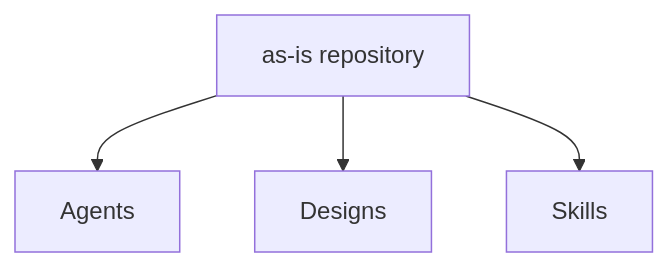
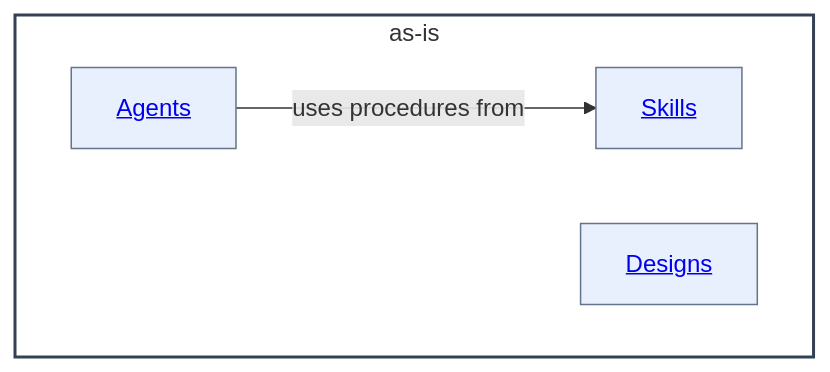
One commit to abstract-business-systems/as-is changed the diagram in as-is.md. Above: the diagram before and after it, drawn with Mermaid. The commit also changed other lines of this file and 51 other files, not shown here.

Commit message:
docs(as-is): improve hierarchical architecture documentation

````diff
--- a/as-is.md
+++ b/as-is.md
@@ -29,12 +31,16 @@
 ```mermaid
 %%{init: {"securityLevel": "loose"}}%%
-flowchart TD
-    Root["as-is repository"]
-    Root --> Agents["Agents"]
-    Root --> Designs["Designs"]
-    Root --> Skills["Skills"]
+flowchart LR
+    subgraph Root["as-is"]
+        direction LR
+        Agents["<a href='./agents/as-is.md#design'>Agents</a>"]
+        Designs["<a href='./designs/as-is.md#design'>Designs</a>"]
+        Skills["<a href='./skills/as-is.md#design'>Skills</a>"]
 
-    click Agents href "./agents/as-is.md#design" "Open Agents design"
-    click Designs href "./designs/as-is.md#design" "Open Designs design"
-    click Skills href "./skills/as-is.md#design" "Open Skills design"
+        Agents -->|uses procedures from| Skills
+    end
+    classDef component fill:#f8fafc,fill-opacity:0.1,stroke:#334155,stroke-width:2px
+    classDef child fill:#2563eb,fill-opacity:0.1,stroke:#64748b,stroke-width:1px
+    class Root component
+    class Agents,Designs,Skills child
 ```
````
